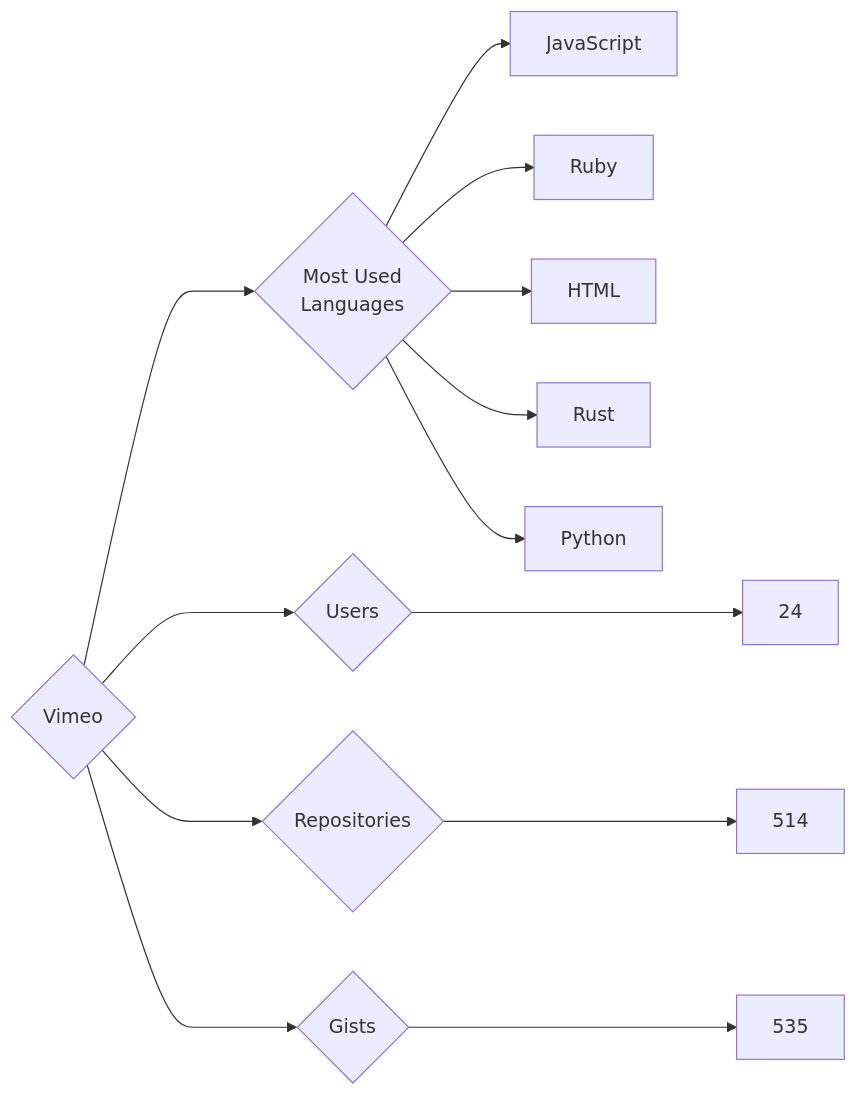
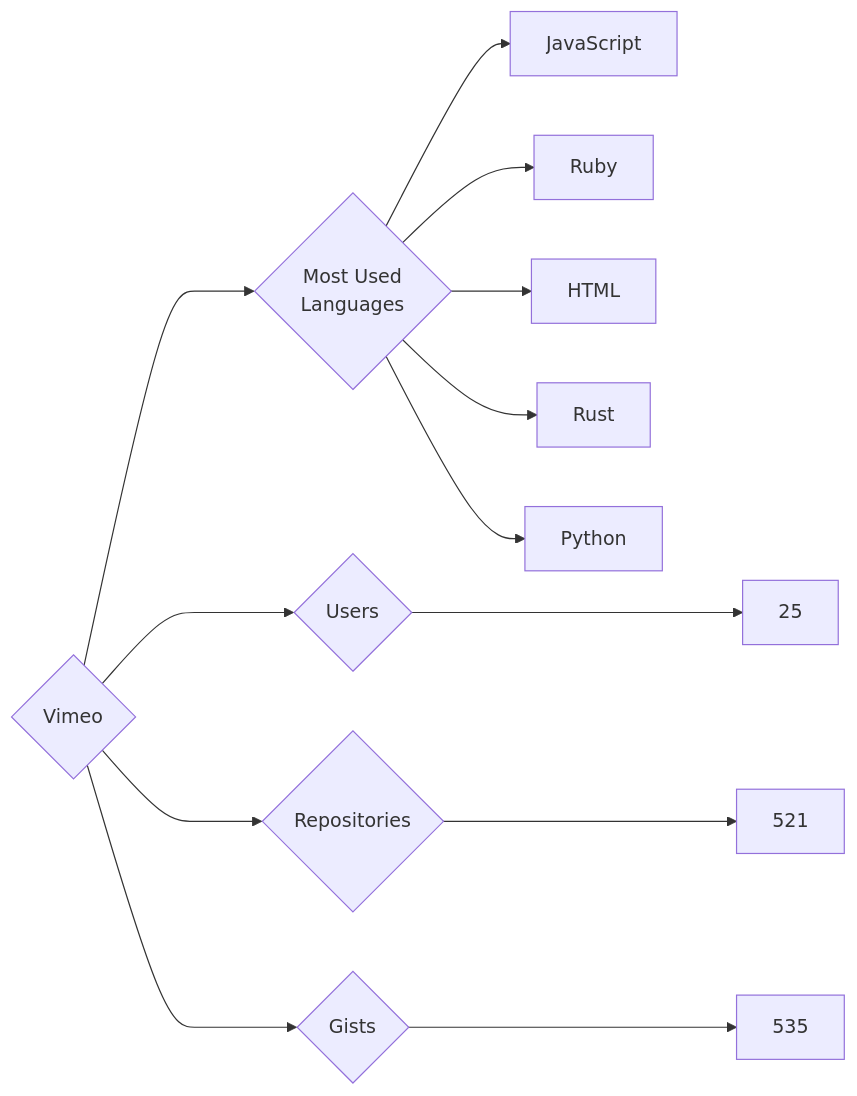
The diagram in targets/Vimeo/README.md (trickest/insiders), drawn with Mermaid before and after one commit. The commit also changed 1484 other files, not shown here.

````diff
--- a/targets/Vimeo/README.md
+++ b/targets/Vimeo/README.md
@@ -3,13 +3,13 @@
 ```mermaid
 graph LR
 COMPANY_NAME{Vimeo}
-COMPANY_NAME ---> U{Users} ---> UN[24]
-COMPANY_NAME ---> R{Repositories} ---> RN[514]
+COMPANY_NAME ---> U{Users} ---> UN[25]
+COMPANY_NAME ---> R{Repositories} ---> RN[521]
 COMPANY_NAME ---> G{Gists} ---> GN[535]
 COMPANY_NAME ---> ML{Most Used<br>Languages}
 ML --> JavaScript[JavaScript]
 ML --> Ruby[Ruby]
 ML --> HTML[HTML]
 ML --> Rust[Rust]
 ML --> Python[Python]
 ```
````
